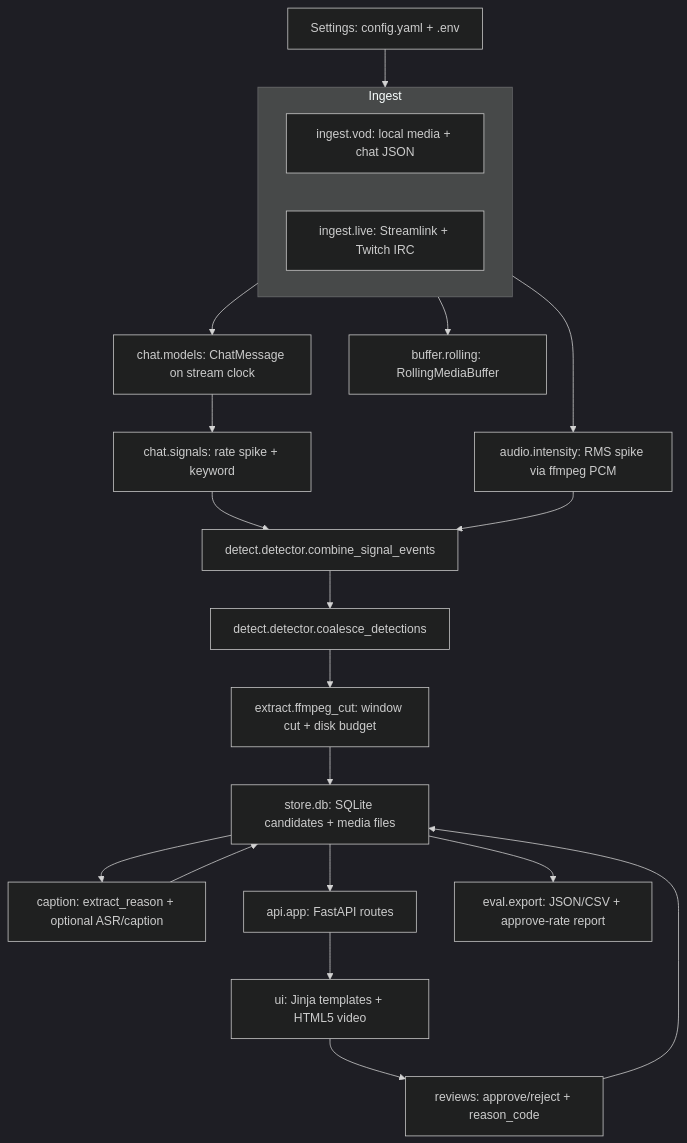
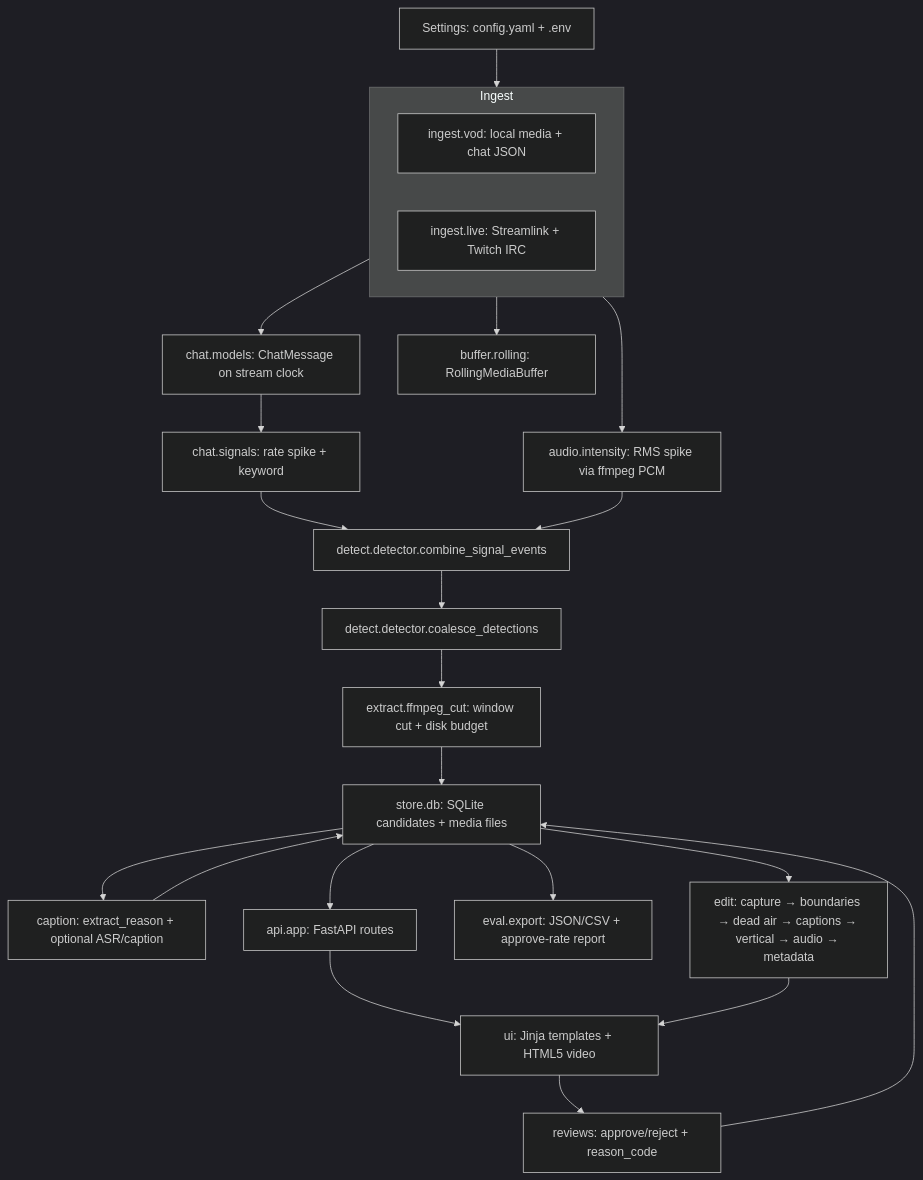
Before and after one commit to vuongj321/clippy: the first of 4 diagrams in docs/architecture.md, drawn with Mermaid (dark theme). The commit also changed other lines of this file and 1 other file, not shown here.

````diff
--- a/docs/architecture.md
+++ b/docs/architecture.md
@@ -37,24 +39,26 @@
 ```mermaid
 flowchart TD
   config[Settings: config.yaml + .env] --> ingest
   subgraph ingest[Ingest]
     vod[ingest.vod: local media + chat JSON]
     live[ingest.live: Streamlink + Twitch IRC]
   end
   ingest --> chatmod[chat.models: ChatMessage on stream clock]
   ingest --> buffer[buffer.rolling: RollingMediaBuffer]
   chatmod --> chatsig[chat.signals: rate spike + keyword]
   ingest --> audio[audio.intensity: RMS spike via ffmpeg PCM]
   chatsig --> detect[detect.detector.combine_signal_events]
   audio --> detect
   detect --> coalesce[detect.detector.coalesce_detections]
   coalesce --> extract[extract.ffmpeg_cut: window cut + disk budget]
   extract --> store[store.db: SQLite candidates + media files]
   store --> caption[caption: extract_reason + optional ASR/caption]
   caption --> store
   store --> api[api.app: FastAPI routes]
   api --> ui[ui: Jinja templates + HTML5 video]
   ui --> labels[reviews: approve/reject + reason_code]
   labels --> store
   store --> eval[eval.export: JSON/CSV + approve-rate report]
+  store --> edit[edit: capture → boundaries → dead air → captions → vertical → audio → metadata]
+  edit --> ui
 ```
````
